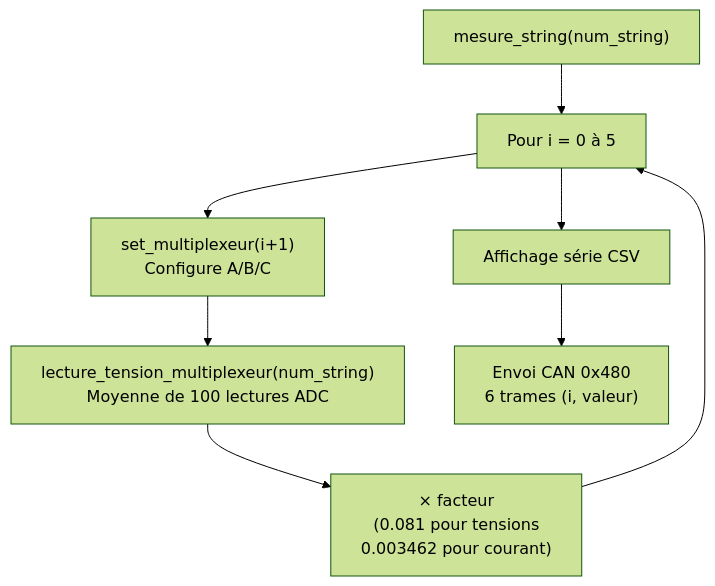
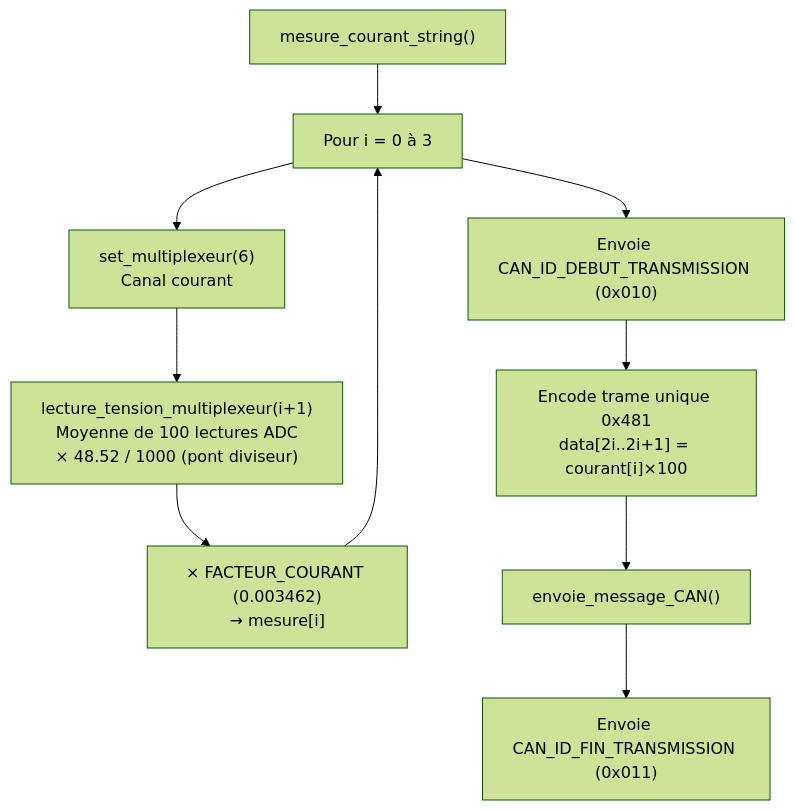
One commit to baptisteB00/Projet_LAOS changed the third of 3 diagrams in docs/cartes/mesure_tension.md. Above: the diagram before and after it, drawn with Mermaid (forest theme). The commit also changed other lines of this file and 3 other files, not shown here.

First line of the commit message:
docs : ajout des sections commandes série et messages CAN traités

````diff
--- a/docs/cartes/mesure_tension.md
+++ b/docs/cartes/mesure_tension.md
@@ -54,10 +114,13 @@
 ```mermaid
 flowchart TD
-    START["mesure_string(num_string)"] --> LOOP["Pour i = 0 à 5"]
-    LOOP --> MUX["set_multiplexeur(i+1)\nConfigure A/B/C"]
-    MUX --> LEC["lecture_tension_multiplexeur(num_string)\nMoyenne de 100 lectures ADC"]
-    LEC --> FACT["× facteur\n(0.081 pour tensions\n0.003462 pour courant)"]
-    FACT --> LOOP
-    LOOP --> SER["Affichage série CSV"]
-    SER --> CAN["Envoi CAN 0x480\n6 trames (i, valeur)"]
+    START["mesure_courant_string()"]
+    START --> LOOP_M["Pour i = 0 à 3"]
+    LOOP_M --> MUX["set_multiplexeur(6)<br/>Canal courant"]
+    MUX --> LEC["lecture_tension_multiplexeur(i+1)<br/>Moyenne de 100 lectures ADC<br/>× 48.52 / 1000 (pont diviseur)"]
+    LEC --> FACT["× FACTEUR_COURANT (0.003462)<br/>→ mesure[i]"]
+    FACT --> LOOP_M
+    LOOP_M --> DEB["Envoie CAN_ID_DEBUT_TRANSMISSION (0x010)"]
+    DEB --> ENC["Encode trame unique 0x481<br/>data[2i..2i+1] = courant[i]×100"]
+    ENC --> TX["envoie_message_CAN()"]
+    TX --> FIN["Envoie CAN_ID_FIN_TRANSMISSION (0x011)"]
 ```
````
